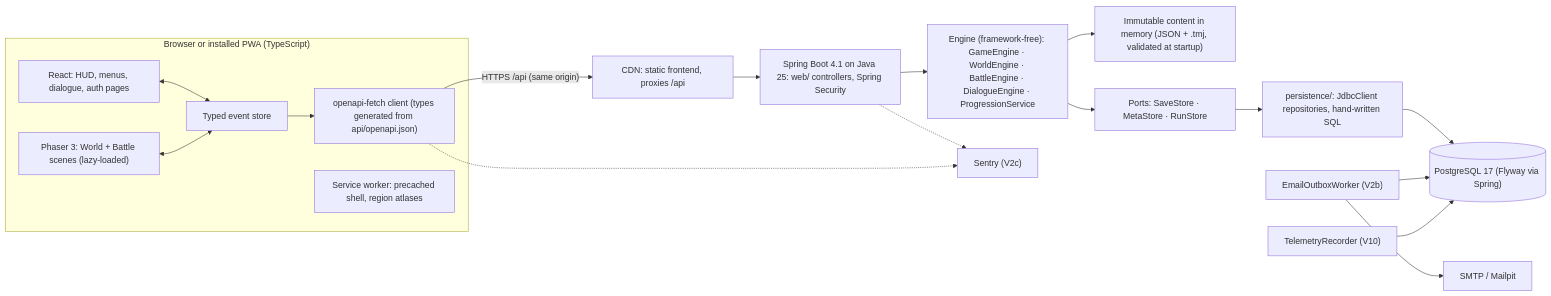
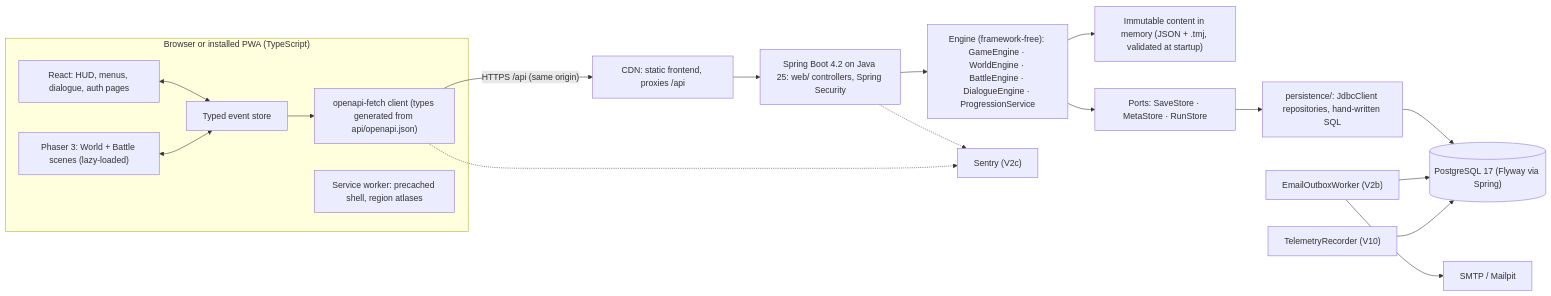
The diagram in docs/V2_SPEC.md (Shiven23-coder/shardbound), drawn with Mermaid before and after one commit. The commit also changed other lines of this file and 6 other files, not shown here.

First line of the commit message:
chore(deps): keep TypeScript 5 for openapi-typescript; docs name Spring Boot 4.2 (#12)

````diff
--- a/docs/V2_SPEC.md
+++ b/docs/V2_SPEC.md
@@ -29,21 +29,21 @@
 ```mermaid
 flowchart LR
     subgraph Browser["Browser or installed PWA (TypeScript)"]
         R["React: HUD, menus, dialogue, auth pages"] <--> S["Typed event store"]
         P["Phaser 3: World + Battle scenes (lazy-loaded)"] <--> S
         S --> C["openapi-fetch client (types generated from api/openapi.json)"]
         SW["Service worker: precached shell, region atlases"]
     end
     C -- "HTTPS /api (same origin)" --> CDN["CDN: static frontend, proxies /api"]
-    CDN --> J["Spring Boot 4.1 on Java 25: web/ controllers, Spring Security"]
+    CDN --> J["Spring Boot 4.2 on Java 25: web/ controllers, Spring Security"]
     J --> E["Engine (framework-free): GameEngine · WorldEngine · BattleEngine · DialogueEngine · ProgressionService"]
     E --> M["Immutable content in memory (JSON + .tmj, validated at startup)"]
     E --> PT["Ports: SaveStore · MetaStore · RunStore"]
     PT --> RP["persistence/: JdbcClient repositories, hand-written SQL"]
     RP --> DB[("PostgreSQL 17 (Flyway via Spring)")]
     W1["EmailOutboxWorker (V2b)"] --> DB
     W1 --> MAIL["SMTP / Mailpit"]
     W2["TelemetryRecorder (V10)"] --> DB
     J -.-> SEN["Sentry (V2c)"]
     C -.-> SEN
 ```
````
